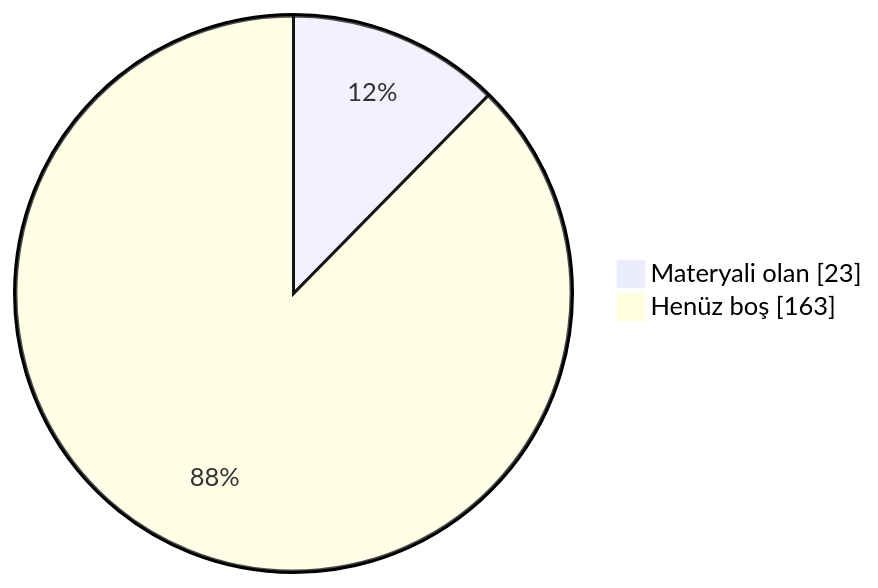
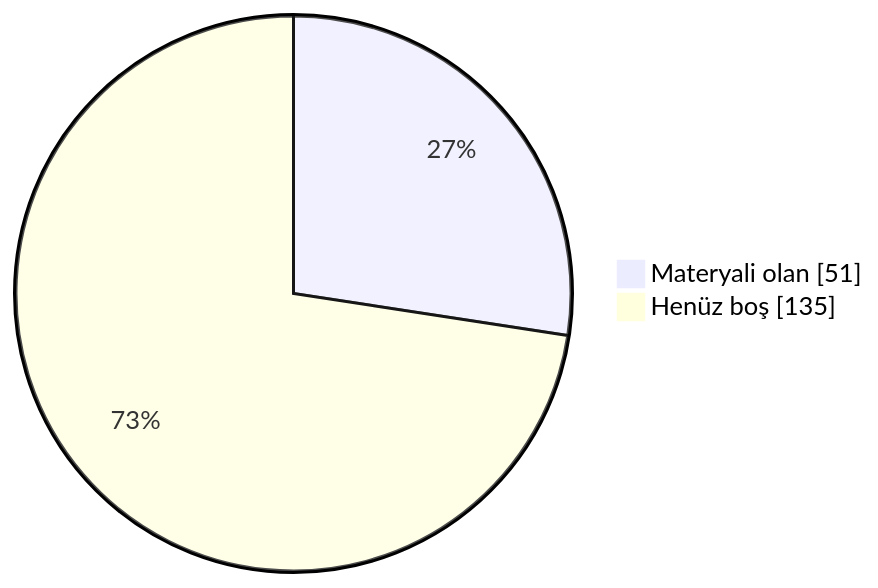
The diagram in README.md (MarmaraArsiv/muh_bilgisayar), drawn with Mermaid before and after one commit. The commit also changed other lines of this file and 1 other file, not shown here.

````diff
--- a/README.md
+++ b/README.md
@@ -105,5 +105,5 @@
 ```mermaid
 pie showData
-  "Materyali olan" : 23
-  "Henüz boş" : 163
+  "Materyali olan" : 51
+  "Henüz boş" : 135
 ```
````
